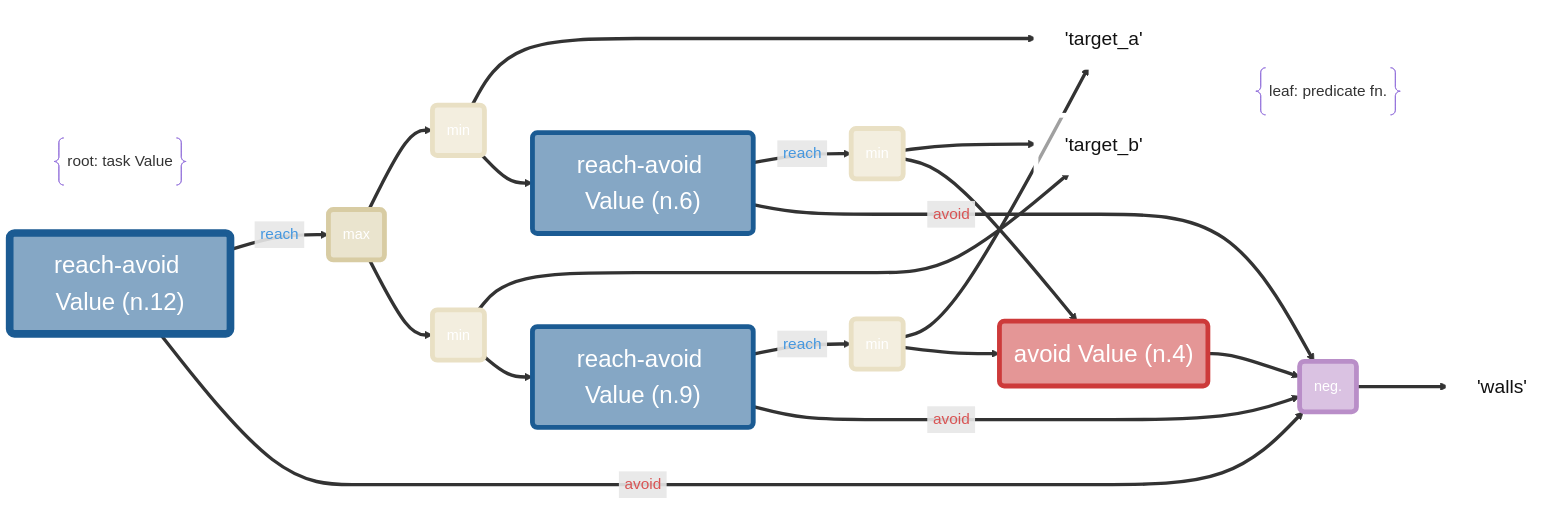
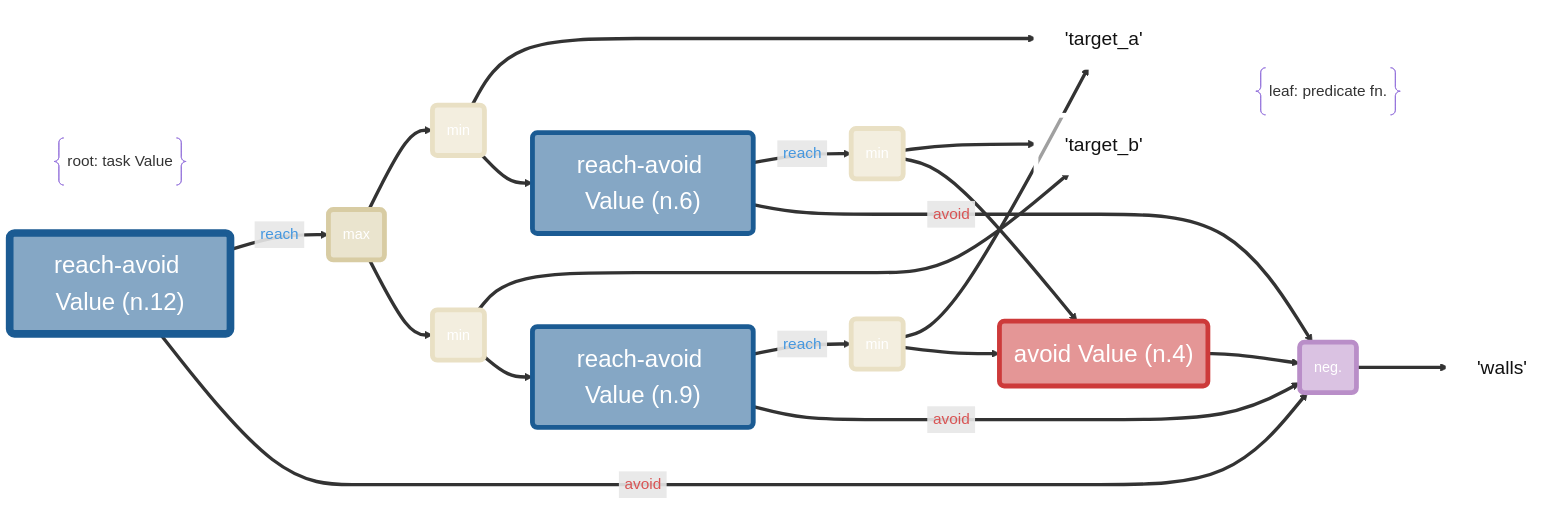
Before and after one commit to willsharpless/valtr: the diagram in README.md, drawn with Mermaid. The commit also changed other lines of this file and 4 other files, not shown here.

Commit message:
readme graph fix

````diff
--- a/README.md
+++ b/README.md
@@ -9,63 +10,69 @@
 ```mermaid
 %%{init: {"theme":"base","htmlLabels":true,"flowchart":{"padding":8},"themeVariables":{"background":"#FFFFFF00","fontFamily":"JetBrains Mono, Roboto Mono, Menlo, Consolas, monospace","edgeLabelBackground":"#FFFFFF","lineColor":"#2c3e50","defaultLinkColor":"#2c3e50"},"themeCSS":".edgeLabel rect { fill: #FFFFFF !important; stroke: #2c3e50 !important; stroke-width: 1px !important; rx: 999px; ry: 999px; } .edgeLabel span, .edgeLabel p { background: transparent !important; } .edgeLabel foreignObject { background: transparent !important; } .labelBkg { fill: #FFFFFF !important; } .flowchart-link, .edgePath path, .edge-thickness-normal, .edge-thickness-thick { stroke: #2c3e50 !important; stroke-width: 2.25px !important; fill: none !important; } .arrowheadPath { stroke: #2c3e50 !important; stroke-width: 2.25px !important; fill: #2c3e50 !important; } svg { background-color: transparent; }"}%%
 flowchart LR
     n14@{ shape: braces, label: "root: task Value" }
     n0@{ shape: rectangle, label: "'target_a'" }
     n1@{ shape: rectangle, label: "'target_b'" }
     n2@{ shape: rectangle, label: "'walls'" }
     n3@{ shape: rounded, label: "neg." }
     n4@{ shape: rounded, label: "avoid Value (n.4)" }
     n5@{ shape: rounded, label: "min" }
     n6@{ shape: rounded, label: "reach-avoid Value (n.6)" }
     n7@{ shape: rounded, label: "min" }
     n8@{ shape: rounded, label: "min" }
     n9@{ shape: rounded, label: "reach-avoid Value (n.9)" }
     n10@{ shape: rounded, label: "min" }
     n11@{ shape: rounded, label: "max" }
     n12@{ shape: rounded, label: "reach-avoid Value (n.12)" }
     n15@{ shape: braces, label: "leaf: predicate fn." }
+    n16@{ shape: braces, label: "" }
+    n17@{ shape: braces, label: "" }
+    n17@{ shape: braces, label: "" }
     n3 ==> n2
     n4 ==> n3
     n5 ==> n1
     n5 ==> n4
     n6 ==>|<span style="display:inline-block;padding:2px 6px;border-radius:999px;background:#FFFFFFF5;border:1px solid #86AECBF5;color:#4698E0 !important;opacity:1;">reach</span>| n5
     n6 ==>|<span style="display:inline-block;padding:2px 6px;border-radius:999px;background:#F7DDDDF5;border:1px solid #D99898F5;color:#D95454 !important;opacity:1;">avoid</span>| n3
     n7 ==> n0
     n7 ==> n6
     n8 ==> n0
     n8 ==> n4
     n9 ==>|<span style="display:inline-block;padding:2px 6px;border-radius:999px;background:#FFFFFFF5;border:1px solid #86AECBF5;color:#4698E0 !important;opacity:1;">reach</span>| n8
     n9 ==>|<span style="display:inline-block;padding:2px 6px;border-radius:999px;background:#F7DDDDF5;border:1px solid #D99898F5;color:#D95454 !important;opacity:1;">avoid</span>| n3
     n10 ==> n1
     n10 ==> n9
     n11 ==> n7
     n11 ==> n10
     n12 ==>|<span style="display:inline-block;padding:2px 6px;border-radius:999px;background:#FFFFFFF5;border:1px solid #86AECBF5;color:#4698E0 !important;opacity:1;">reach</span>| n11
     n12 ==>|<span style="display:inline-block;padding:2px 6px;border-radius:999px;background:#F7DDDDF5;border:1px solid #D99898F5;color:#D95454 !important;opacity:1;">avoid</span>| n3
     n0 ~~~ n15
     n1 ~~~ n15
     class n0 var;
     class n1 var;
     class n2 var;
     class n3 negate;
     class n4 avoid;
     class n5 min;
     class n6 reachavoid;
     class n7 min;
     class n8 min;
     class n9 reachavoid;
     class n10 min;
     class n11 max;
     class n12 reachavoid;
+    class n17 hidden
+    class n16 hidden
     classDef const fill:#95a5a688,stroke:#95a5a6,color:#111111,stroke-width:5px,font-size:25px;
     classDef var fill:#FFFFFF88,stroke:#FFFFFF,color:#111111,stroke-width:5px,font-size:20px;
     classDef min fill:#E9E0C488,stroke:#E9E0C4,color:#FFFFFF,stroke-width:5px,font-size:15px;
     classDef max fill:#D8CCA388,stroke:#D8CCA3,color:#FFFFFF,stroke-width:5px,font-size:15px;
     classDef reachavoid fill:#1B5B9388,stroke:#1B5B93,color:#FFFFFF,stroke-width:5px,font-size:25px;
     classDef avoid fill:#CD3A3A88,stroke:#CD3A3A,color:#FFFFFF,stroke-width:5px,font-size:25px;
     classDef reach fill:#1B5B9388,stroke:#1B5B93,color:#FFFFFF,stroke-width:5px,font-size:25px;
     classDef gu fill:#3AA65588,stroke:#3AA655,color:#111111,stroke-width:5px,font-size:25px;
     classDef gumin fill:#3AA65588,stroke:#3AA655,color:#111111,stroke-width:5px,font-size:25px;
     classDef negate fill:#B98EC888,stroke:#B98EC8,color:#FFFFFF,stroke-width:5px,font-size:15px;
+    classDef hidden display: none;
     style n12 stroke:#1B5B93,stroke-width:8px;
 ```
````
